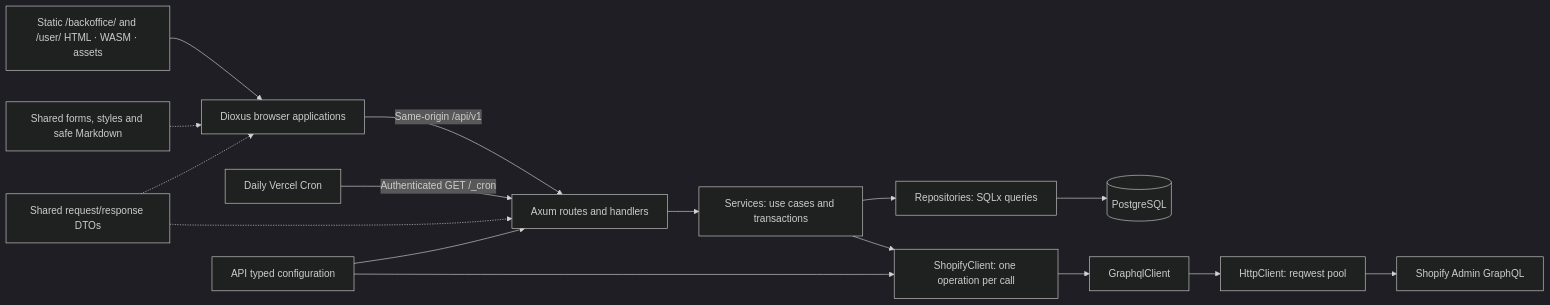
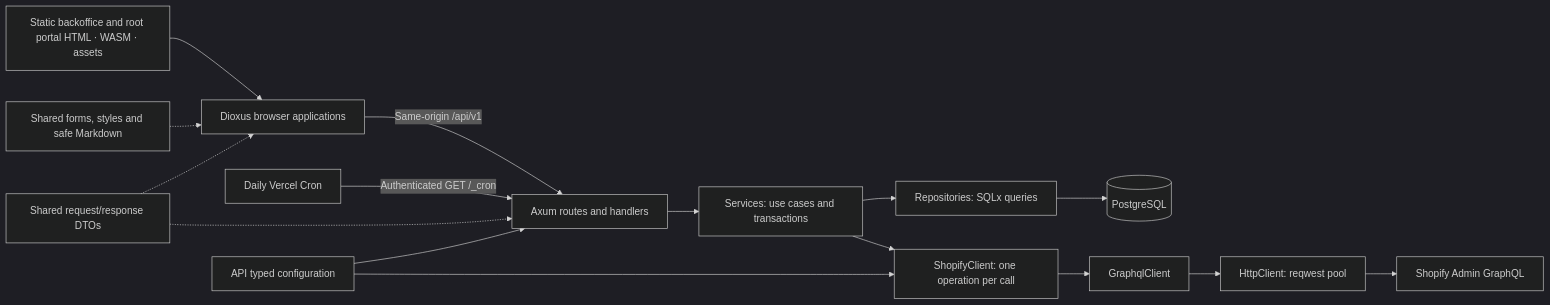
Before and after one commit to enzumeii/monolith: the first of 7 diagrams in docs/architecture.md, drawn with Mermaid (dark theme). The commit also changed other lines of this file and 185 other files, not shown here.

````diff
--- a/docs/architecture.md
+++ b/docs/architecture.md
@@ -7,18 +7,18 @@
 ```mermaid
 flowchart LR
-    STATIC["Static /backoffice/ and /user/ HTML · WASM · assets"] --> UI["Dioxus browser applications"]
+    STATIC["Static backoffice and root portal HTML · WASM · assets"] --> UI["Dioxus browser applications"]
     UI -->|"Same-origin /api/v1"| API["Axum routes and handlers"]
     CRON["Daily Vercel Cron"] -->|"Authenticated GET /_cron"| API
     API --> SERVICES["Services: use cases and transactions"]
     SERVICES --> REPO["Repositories: SQLx queries"]
     REPO --> DB[("PostgreSQL")]
     PRESENTATION["Shared forms, styles and safe Markdown"] -.-> UI
     DOMAIN["Shared request/response DTOs"] -.-> UI
     DOMAIN -.-> API
     SERVICES --> SHOPIFY["ShopifyClient: one operation per call"]
     SHOPIFY --> GQL["GraphqlClient"]
     GQL --> HTTP["HttpClient: reqwest pool"]
     HTTP --> REMOTE["Shopify Admin GraphQL"]
     CONFIG["API typed configuration"] --> API
     CONFIG --> SHOPIFY
 ```
````
